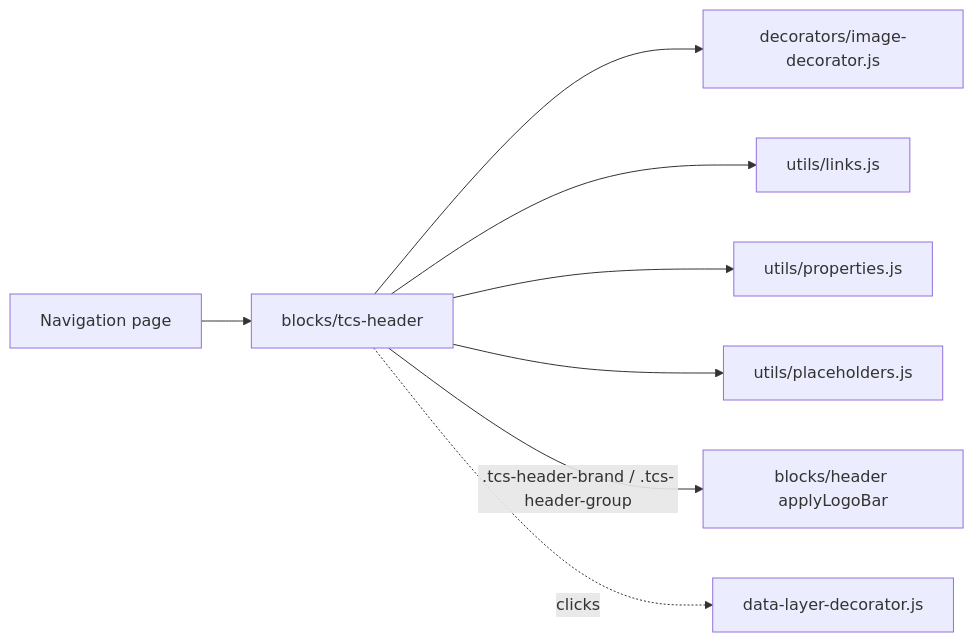
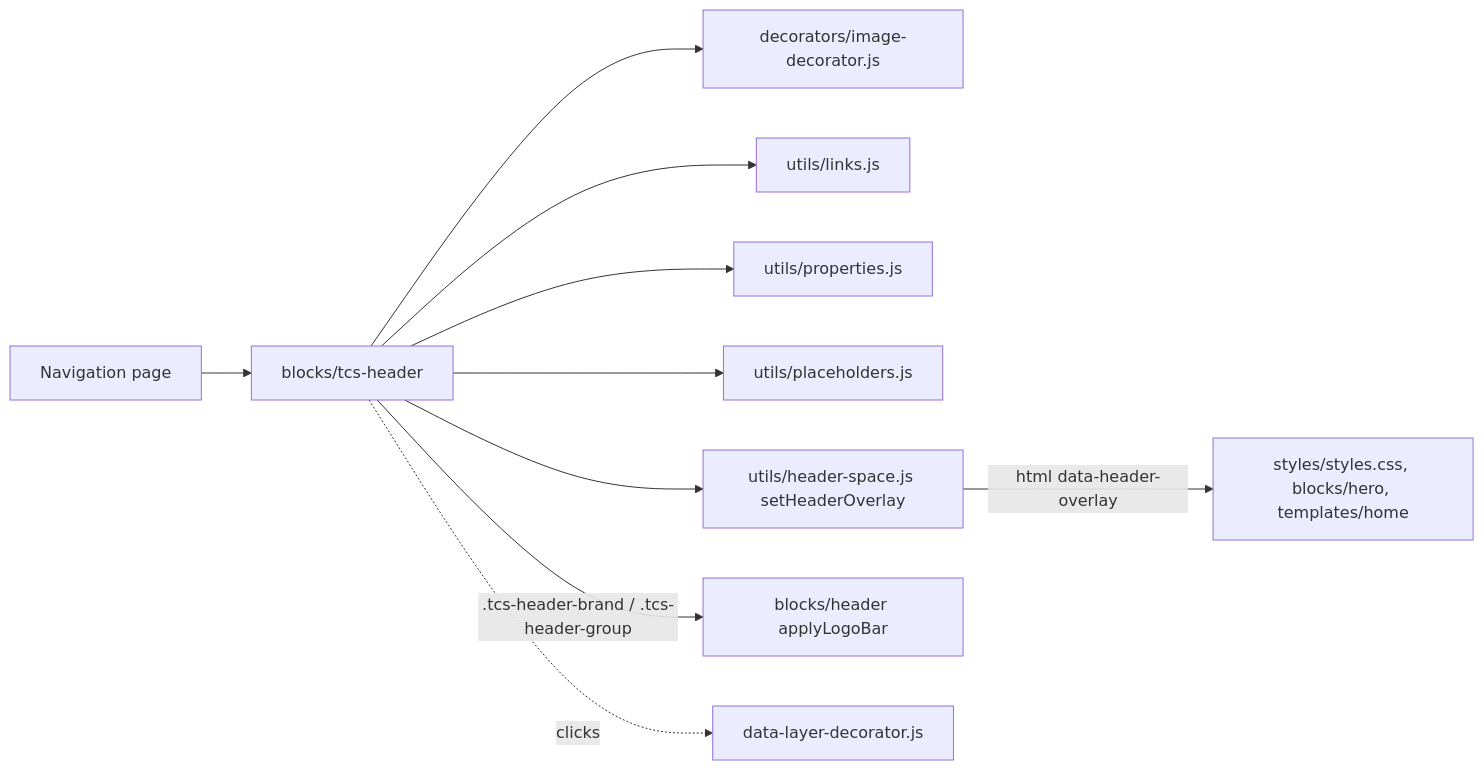
The diagram in blocks/tcs-header/README.md (sradha-tcs/tcs-corp), drawn with Mermaid before and after one commit. The commit also changed other lines of this file and 5 other files, not shown here.

First line of the commit message:
docs: Header over the first block in the TCS Header, Header and Hero READMEs and the knowledge base

````diff
--- a/blocks/tcs-header/README.md
+++ b/blocks/tcs-header/README.md
@@ -591,10 +594,12 @@
 ```mermaid
 graph LR
   NAV[Navigation page] --> TH[blocks/tcs-header]
   TH --> IMG[decorators/image-decorator.js]
   TH --> LNK[utils/links.js]
   TH --> PROP[utils/properties.js]
   TH --> PH[utils/placeholders.js]
+  TH --> HS[utils/header-space.js setHeaderOverlay]
+  HS -- html data-header-overlay --> CSS[styles/styles.css, blocks/hero, templates/home]
   TH -- .tcs-header-brand / .tcs-header-group --> H[blocks/header applyLogoBar]
   TH -. clicks .-> DL[data-layer-decorator.js]
 ```
````
